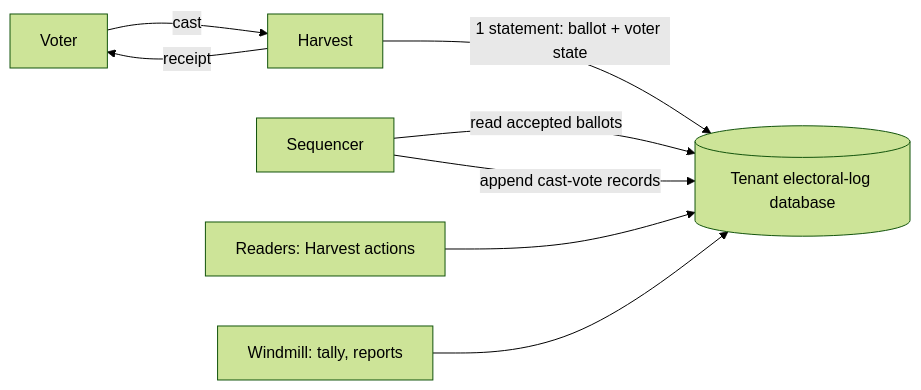
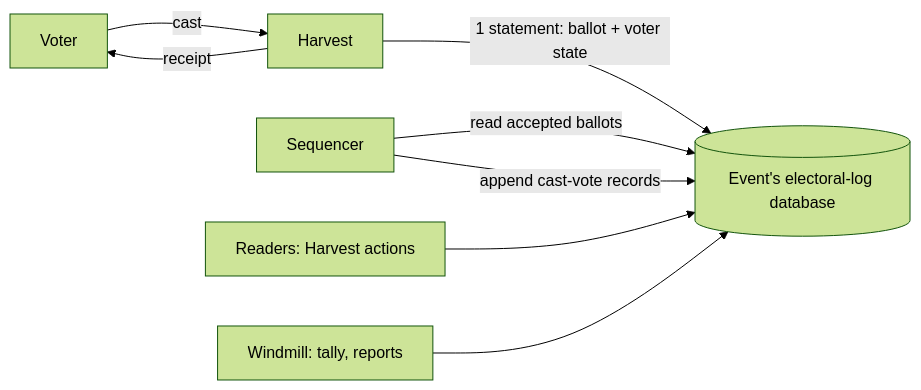
Before and after one commit to sequentech/step: the diagram in docs/docusaurus/docs/07-developers/13-electoral-log/03-electoral-log-ballot-box.md, drawn with Mermaid (forest theme). The commit also changed other lines of this file and 97 other files, not shown here.

First line of the commit message:
Electoral log: a database per election event, with logs that keep their roots across export and import (#3534)

````diff
--- a/docs/docusaurus/docs/07-developers/13-electoral-log/03-electoral-log-ballot-box.md
+++ b/docs/docusaurus/docs/07-developers/13-electoral-log/03-electoral-log-ballot-box.md
@@ -37,10 +36,10 @@
 ```mermaid
 flowchart LR
     V[Voter] -->|cast| H[Harvest]
-    H -->|1 statement: ballot + voter state| T[(Tenant electoral-log database)]
+    H -->|1 statement: ballot + voter state| T[(Event's electoral-log database)]
     H -->|receipt| V
     S[Sequencer] -->|read accepted ballots| T
     S -->|append cast-vote records| T
     R[Readers: Harvest actions] --> T
     W[Windmill: tally, reports] --> T
 ```
````
